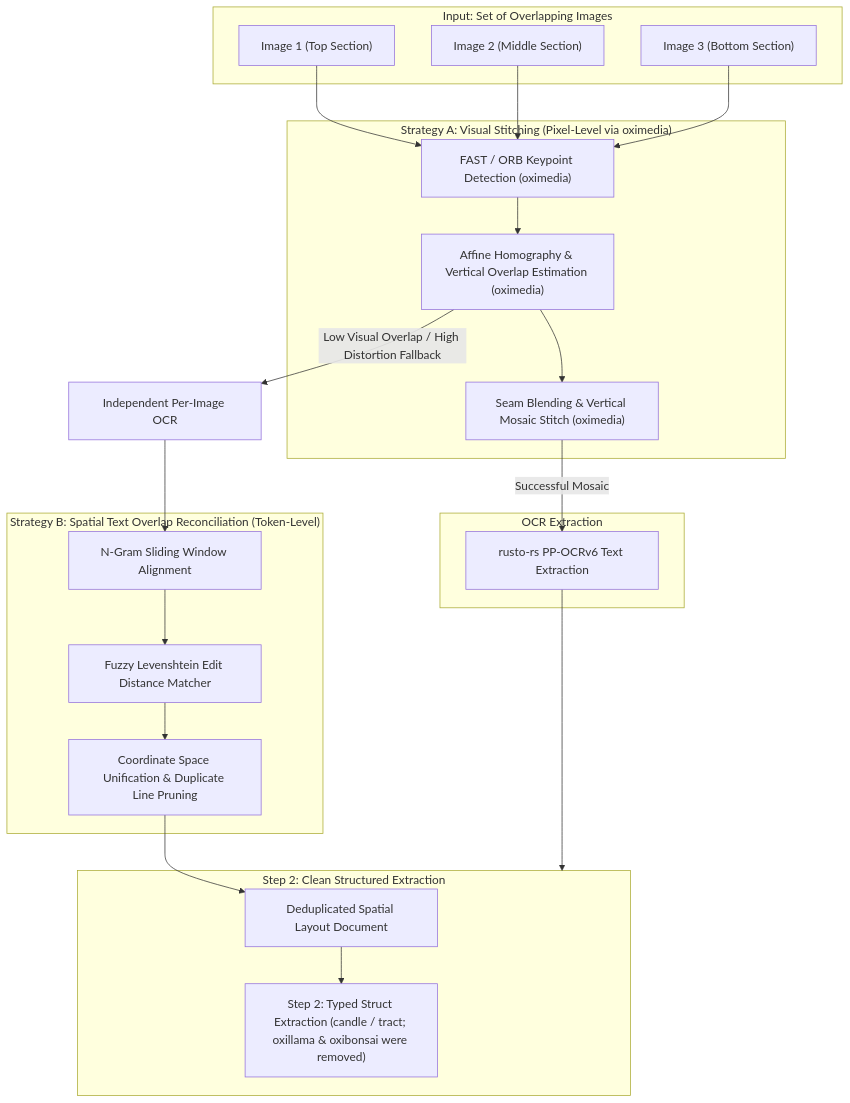
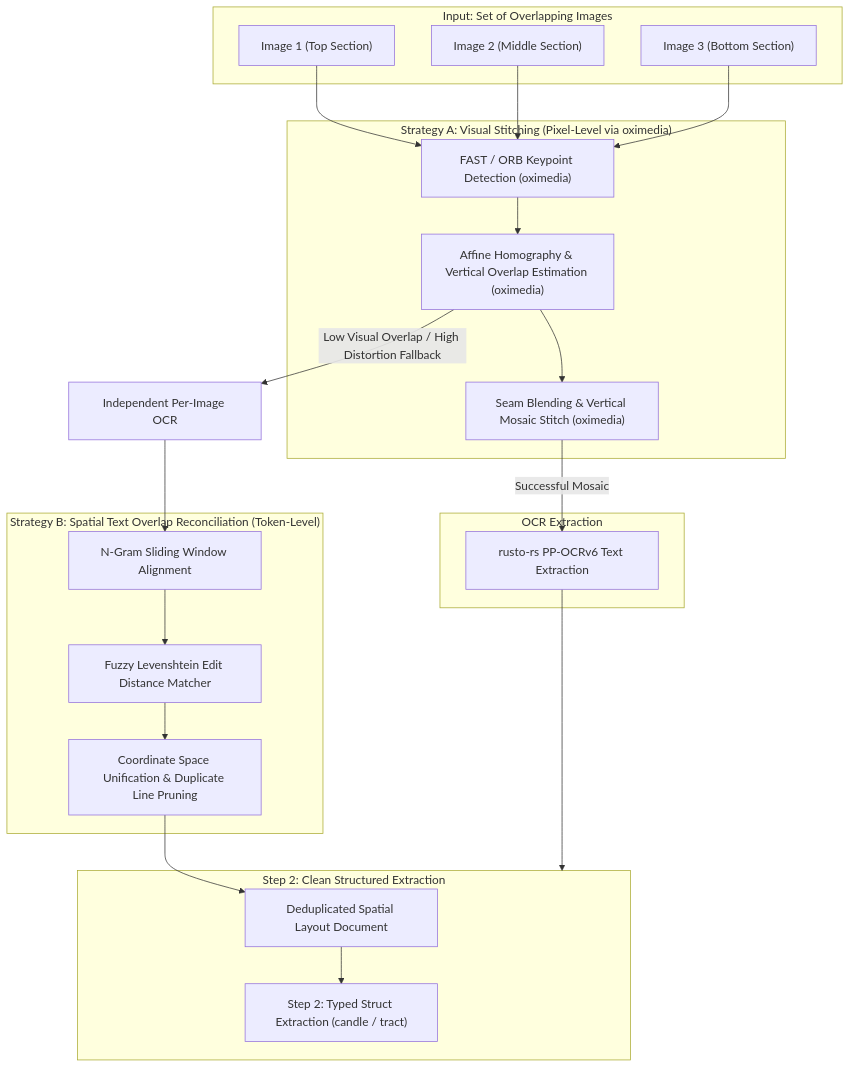
The diagram in docs/10_IMAGE_STITCHING_AND_DEDUPLICATION.md (yasuomaidana/docula), drawn with Mermaid before and after one commit. The commit also changed 16 other files, not shown here.

Commit message:
[DOCULA-45] docs: drop removed oxirag/oxillama/oxibonsai from status and specs

````diff
--- a/docs/10_IMAGE_STITCHING_AND_DEDUPLICATION.md
+++ b/docs/10_IMAGE_STITCHING_AND_DEDUPLICATION.md
@@ -15,36 +15,36 @@
 ```mermaid
 flowchart TD
     subgraph MultiInput["Input: Set of Overlapping Images"]
         Img1["Image 1 (Top Section)"]
         Img2["Image 2 (Middle Section)"]
         Img3["Image 3 (Bottom Section)"]
     end
 
     subgraph StrategyA["Strategy A: Visual Stitching (Pixel-Level via oximedia)"]
         FAST["FAST / ORB Keypoint Detection (oximedia)"]
         RANSAC["Affine Homography & Vertical Overlap Estimation (oximedia)"]
         SeamBlend["Seam Blending & Vertical Mosaic Stitch (oximedia)"]
     end
 
     subgraph OCRStage["OCR Extraction"]
         PPOCR["rusto-rs PP-OCRv6 Text Extraction"]
     end
 
     subgraph StrategyB["Strategy B: Spatial Text Overlap Reconciliation (Token-Level)"]
         NGram["N-Gram Sliding Window Alignment"]
         Levenshtein["Fuzzy Levenshtein Edit Distance Matcher"]
         BoundaryMerge["Coordinate Space Unification & Duplicate Line Pruning"]
     end
 
     subgraph Step2Ready["Step 2: Clean Structured Extraction"]
         DeduplicatedDoc["Deduplicated Spatial Layout Document"]
-        LLMExtract["Step 2: Typed Struct Extraction (candle / tract; oxillama & oxibonsai were removed)"]
+        LLMExtract["Step 2: Typed Struct Extraction (candle / tract)"]
     end
 
     Img1 & Img2 & Img3 --> FAST
     FAST --> RANSAC --> SeamBlend
     SeamBlend -->|Successful Mosaic| PPOCR --> Step2Ready
     
     RANSAC -->|Low Visual Overlap / High Distortion Fallback| IndepOCR["Independent Per-Image OCR"]
     IndepOCR --> NGram --> Levenshtein --> BoundaryMerge --> DeduplicatedDoc --> LLMExtract
 ```
````
